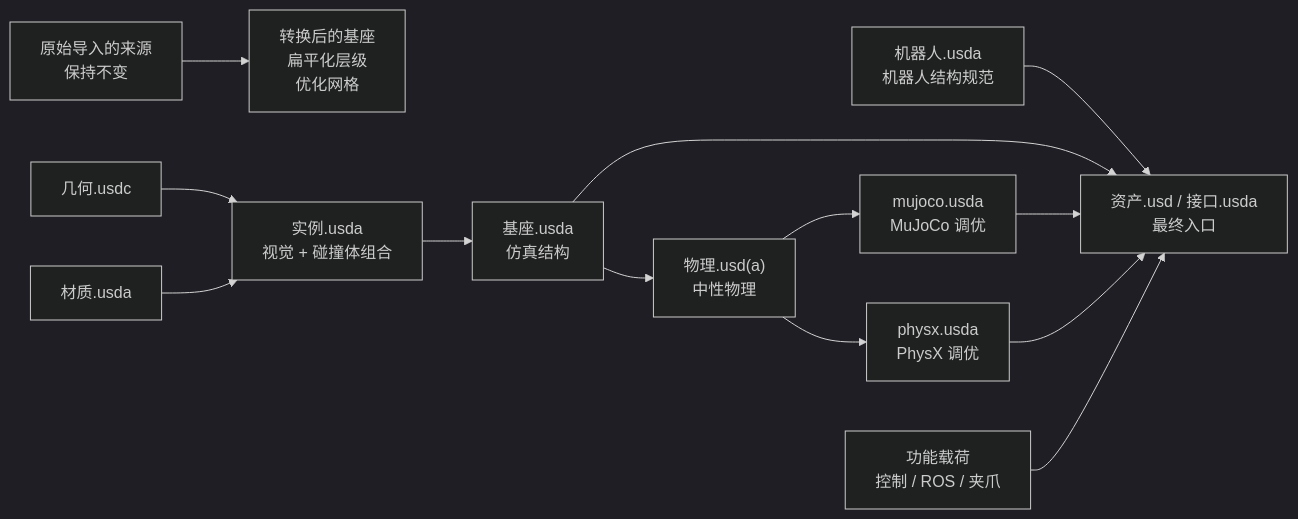
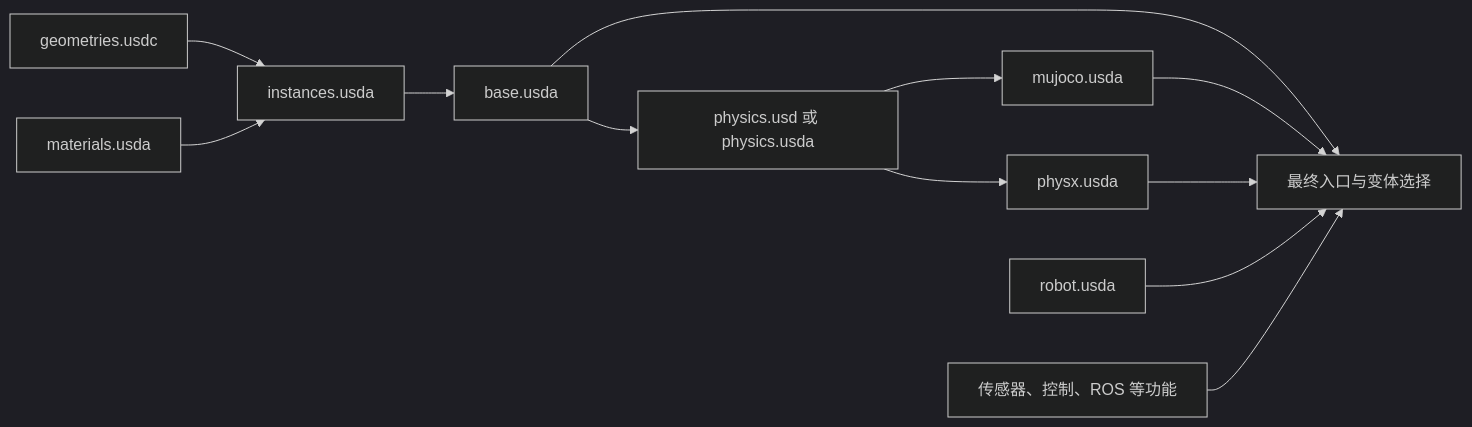
One commit to niuverse/llm-wiki changed the first of 2 diagrams in wiki/concepts/IsaacSimAssetStructure.md. Above: the diagram before and after it, drawn with Mermaid (dark theme). The commit also changed other lines of this file and 317 other files, not shown here.

````diff
--- a/wiki/concepts/IsaacSimAssetStructure.md
+++ b/wiki/concepts/IsaacSimAssetStructure.md
@@ -42,15 +32,14 @@
 ```mermaid
 flowchart LR
-  S["原始导入的来源<br/>保持不变"] --> T["转换后的基座<br/>扁平化层级<br/>优化网格"]
-  G["几何.usdc"] --> I["实例.usda<br/>视觉 + 碰撞体组合"]
-  M["材质.usda"] --> I
-  I --> B["基座.usda<br/>仿真结构"]
-  B --> P["物理.usd(a)<br/>中性物理"]
-  P --> MJ["mujoco.usda<br/>MuJoCo 调优"]
-  P --> PX["physx.usda<br/>PhysX 调优"]
-  R["机器人.usda<br/>机器人结构规范"] --> F["资产.usd / 接口.usda<br/>最终入口"]
-  B --> F
+  G[geometries.usdc] --> I[instances.usda]
+  M[materials.usda] --> I
+  I --> B[base.usda]
+  B --> P[physics.usd 或 physics.usda]
+  P --> MJ[mujoco.usda]
+  P --> PX[physx.usda]
+  B --> F[最终入口与变体选择]
   MJ --> F
   PX --> F
-  C["功能载荷<br/>控制 / ROS / 夹爪"] --> F
+  R[robot.usda] --> F
+  C[传感器、控制、ROS 等功能] --> F
 ```
````
